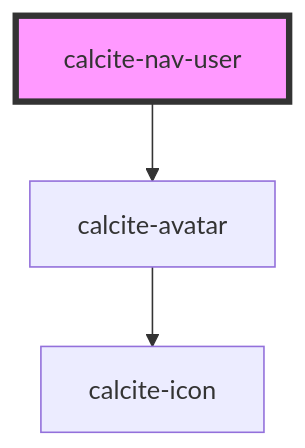
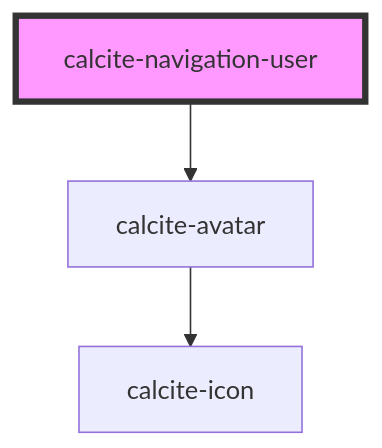
One commit to Esri/calcite-design-system changed the diagram in src/components/navigation-user/readme.md. Above: the diagram before and after it, drawn with Mermaid. The commit also changed other lines of this file and 2 other files, not shown here.

````diff
--- a/src/components/navigation-user/readme.md
+++ b/src/components/navigation-user/readme.md
@@ -31,6 +33,6 @@
 ```mermaid
 graph TD;
-  calcite-nav-user --> calcite-avatar
+  calcite-navigation-user --> calcite-avatar
   calcite-avatar --> calcite-icon
-  style calcite-nav-user fill:#f9f,stroke:#333,stroke-width:4px
+  style calcite-navigation-user fill:#f9f,stroke:#333,stroke-width:4px
 ```
````
